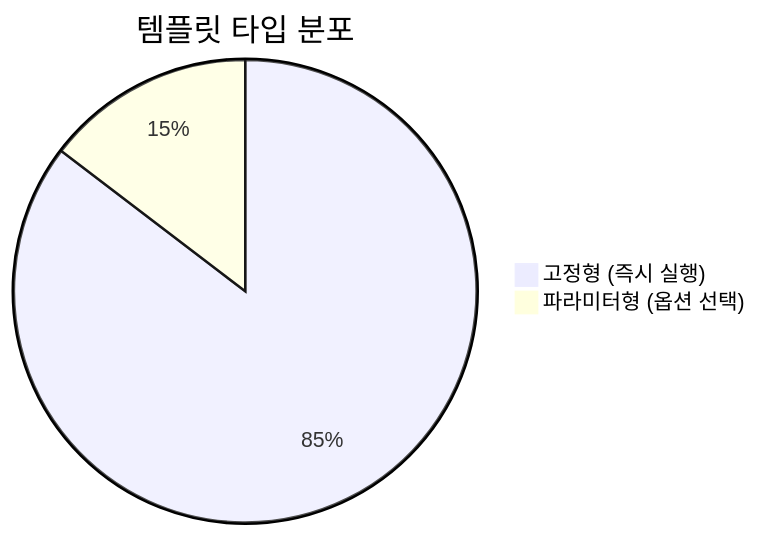
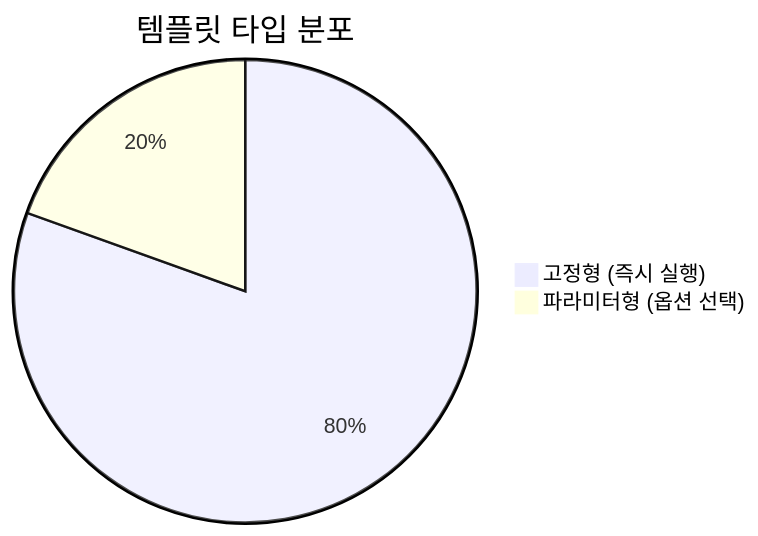
The third of 9 diagrams in docs/PROMPT_FLOW_DIAGRAM.md (eardori/telegram-ai-bot), drawn with Mermaid before and after one commit. The commit also changed other lines of this file, not shown here.

First line of the commit message:
Update prompt flow documentation with current system state

````diff
--- a/docs/PROMPT_FLOW_DIAGRAM.md
+++ b/docs/PROMPT_FLOW_DIAGRAM.md
@@ -83,5 +83,5 @@
 ```mermaid
 pie title 템플릿 타입 분포
-    "고정형 (즉시 실행)" : 35
-    "파라미터형 (옵션 선택)" : 6
+    "고정형 (즉시 실행)" : 33
+    "파라미터형 (옵션 선택)" : 8
 ```
````
